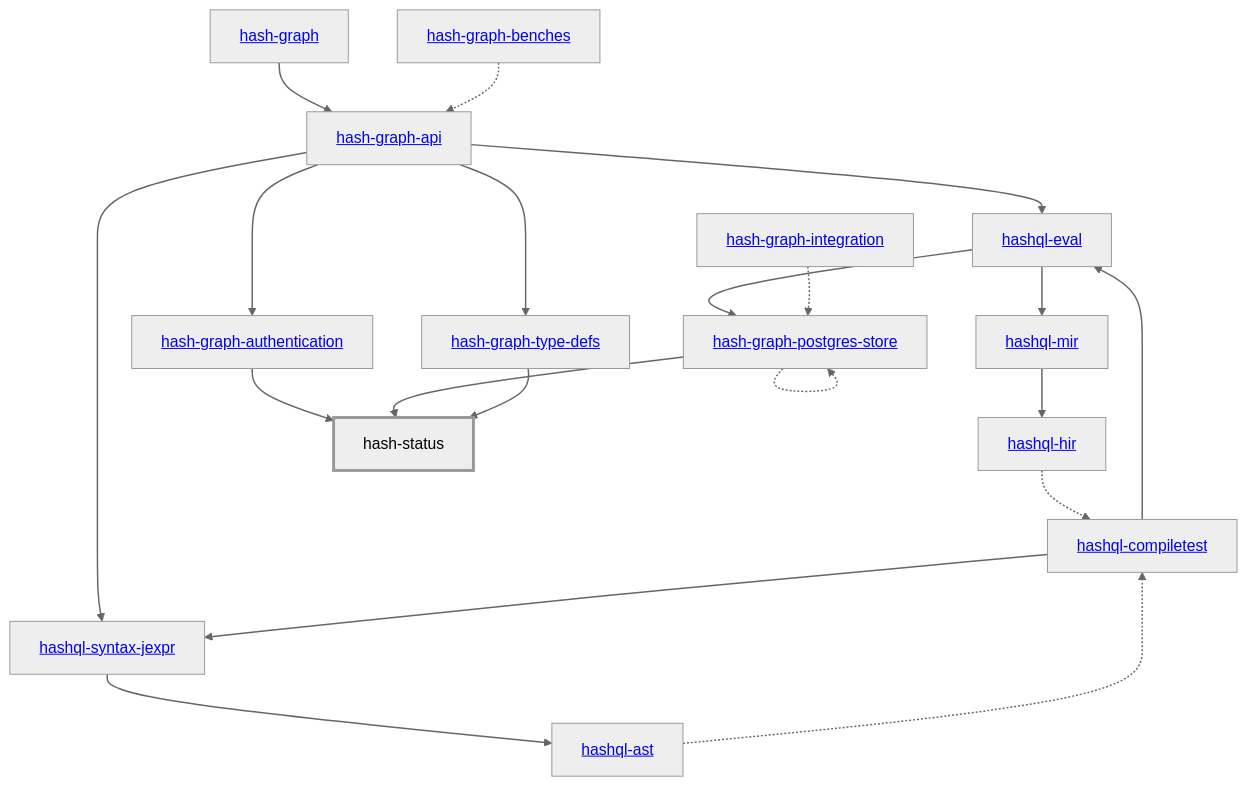
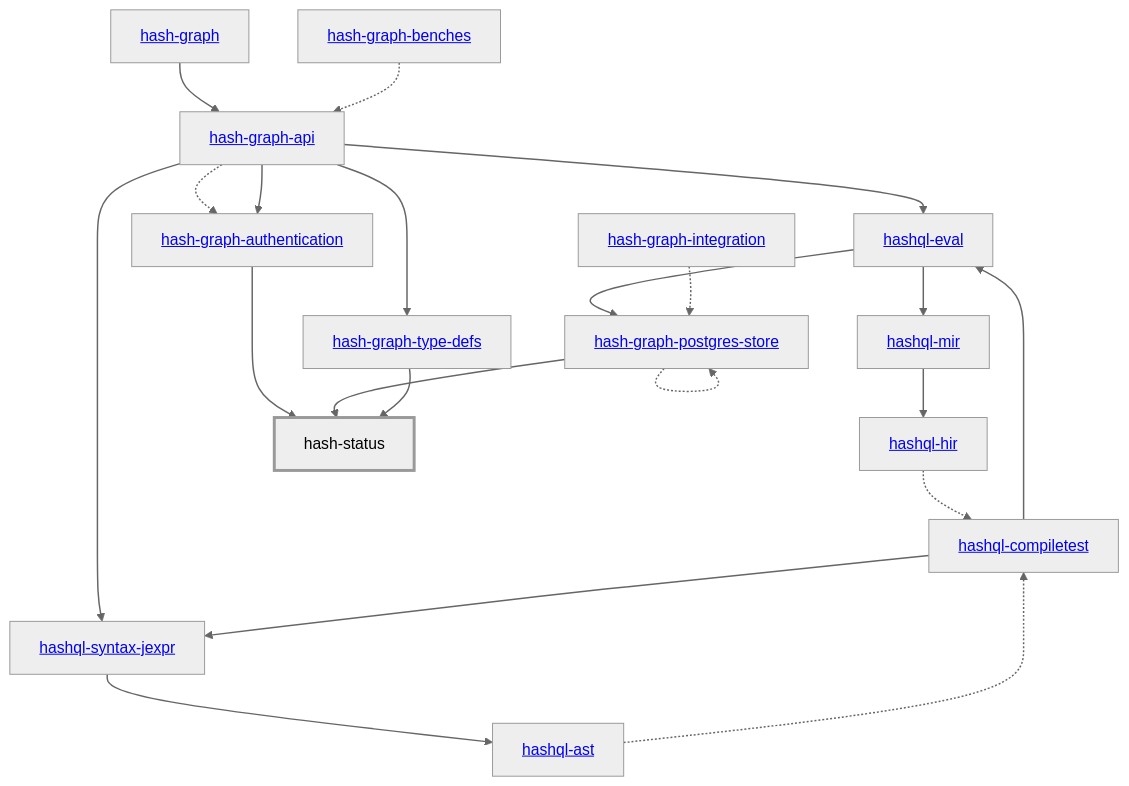
One commit to hashintel/hash changed the diagram in libs/@local/status/rust/docs/dependency-diagram.mmd. Above: the diagram before and after it, drawn with Mermaid (neutral theme). The commit also changed 11 other files, not shown here.

First line of the commit message:
BE-765: Regenerate the remaining dependency diagrams

```diff
--- a/libs/@local/status/rust/docs/dependency-diagram.mmd
+++ b/libs/@local/status/rust/docs/dependency-diagram.mmd
@@ -1,44 +1,45 @@
 graph TD
     linkStyle default stroke-width:1.5px
     classDef default stroke-width:1px
     classDef root stroke-width:3px
     classDef dev stroke-width:1px
     classDef build stroke-width:1px
     %% Legend
     %% --> : Normal dependency
     %% -.-> : Dev dependency
     %% ---> : Build dependency
     0[<a href="../hash_graph/index.html">hash-graph</a>]
     1[<a href="../hash_graph_api/index.html">hash-graph-api</a>]
     2[<a href="../hash_graph_authentication/index.html">hash-graph-authentication</a>]
     3[<a href="../hash_graph_postgres_store/index.html">hash-graph-postgres-store</a>]
     4[<a href="../hash_graph_type_defs/index.html">hash-graph-type-defs</a>]
     5[<a href="../hashql_ast/index.html">hashql-ast</a>]
     6[<a href="../hashql_compiletest/index.html">hashql-compiletest</a>]
     7[<a href="../hashql_eval/index.html">hashql-eval</a>]
     8[<a href="../hashql_hir/index.html">hashql-hir</a>]
     9[<a href="../hashql_mir/index.html">hashql-mir</a>]
     10[<a href="../hashql_syntax_jexpr/index.html">hashql-syntax-jexpr</a>]
     11[hash-status]
     class 11 root
     12[<a href="../hash_graph_benches/index.html">hash-graph-benches</a>]
     13[<a href="../hash_graph_integration/index.html">hash-graph-integration</a>]
     0 --> 1
+    1 -.-> 2
     1 --> 2
     1 --> 4
     1 --> 7
     1 --> 10
     2 --> 11
     3 -.-> 3
     3 --> 11
     4 --> 11
     5 -.-> 6
     6 --> 7
     6 --> 10
     7 --> 3
     7 --> 9
     8 -.-> 6
     9 --> 8
     10 --> 5
     12 -.-> 1
     13 -.-> 3
```
